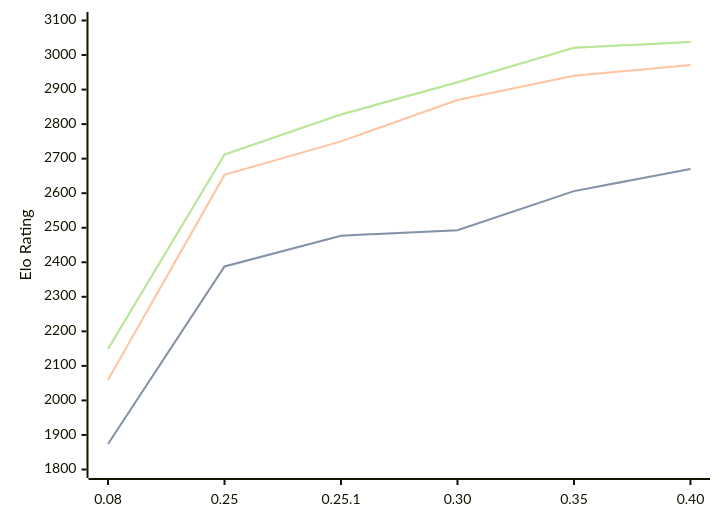
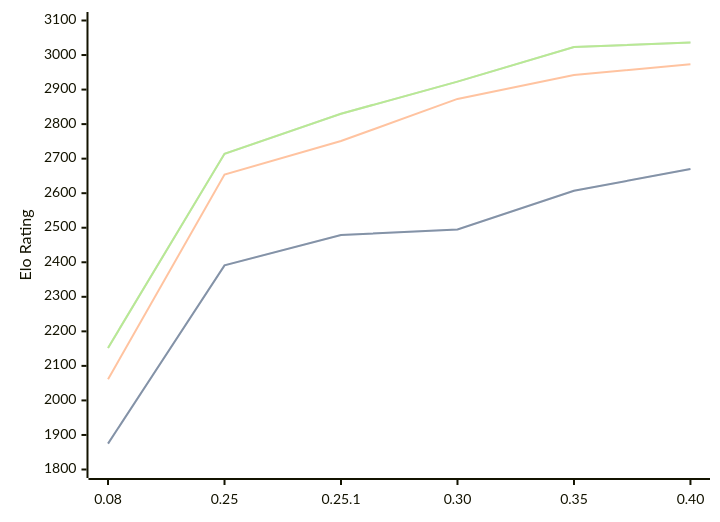
The diagram in engines/Gecko.md (computer-chess-index/cci), drawn with Mermaid before and after one commit. The commit also changed other lines of this file, not shown here.

Commit message:
Update CCI Ratings (ELO VLTC) - 2026-08-22

````diff
--- a/engines/Gecko.md
+++ b/engines/Gecko.md
@@ -36,11 +36,11 @@
 ```mermaid
 %%{init: {"theme":"base","themeVariables":{"seriesColors:['#a3a3a3','#222221','#faa371']}}}%%
 xychart-beta
   x-axis ["0.08", "0.25", "0.25.1", "0.30", "0.35", "0.40"]
   y-axis "Elo Rating" 1800 --> 3100
-  line "STC (8.0+0.08s)" [1874, 2388, 2477, 2493, 2606, 2670]
-  line "STC (8.0+0.08s)" [1874, 2388, 2477, 2493, 2606, 2670]
-  line "LTC (60.0+0.60s)" [2060, 2653, 2750, 2870, 2940, 2971]
-  line "VLTC (2m24s+1.12s)" [2149, 2712, 2828, 2921, 3021, 3038]
-  line "VLTC (2m24s+1.12s)" [2149, 2712, 2828, 2921, 3021, 3038]
+  line "STC (8.0+0.08s)" [1875, 2391, 2479, 2495, 2607, 2670]
+  line "STC (8.0+0.08s)" [1875, 2391, 2479, 2495, 2607, 2670]
+  line "LTC (60.0+0.60s)" [2061, 2654, 2751, 2873, 2942, 2973]
+  line "VLTC (2m24s+1.12s)" [2152, 2714, 2830, 2923, 3023, 3036]
+  line "VLTC (2m24s+1.12s)" [2152, 2714, 2830, 2923, 3023, 3036]
 ```
````
